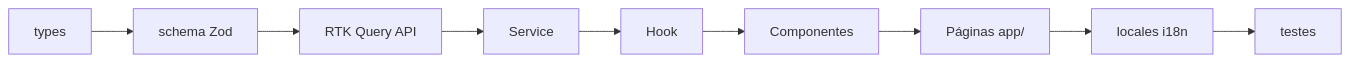
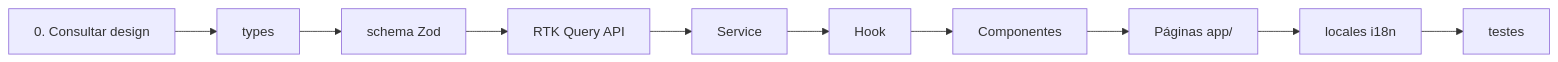
One commit to matheusfer0902/batente-frontend changed the diagram in docs/feature-module-guide.md. Above: the diagram before and after it, drawn with Mermaid. The commit also changed other lines of this file and 8 other files, not shown here.

````diff
--- a/docs/feature-module-guide.md
+++ b/docs/feature-module-guide.md
@@ -9,11 +9,12 @@
 ```mermaid
 flowchart LR
-    A[types] --> B[schema Zod]
+    Z[0. Consultar design] --> A[types]
+    A --> B[schema Zod]
     B --> C[RTK Query API]
     C --> D[Service]
     D --> E[Hook]
     E --> F[Componentes]
     F --> G[Páginas app/]
     G --> H[locales i18n]
     H --> I[testes]
 ```
````
